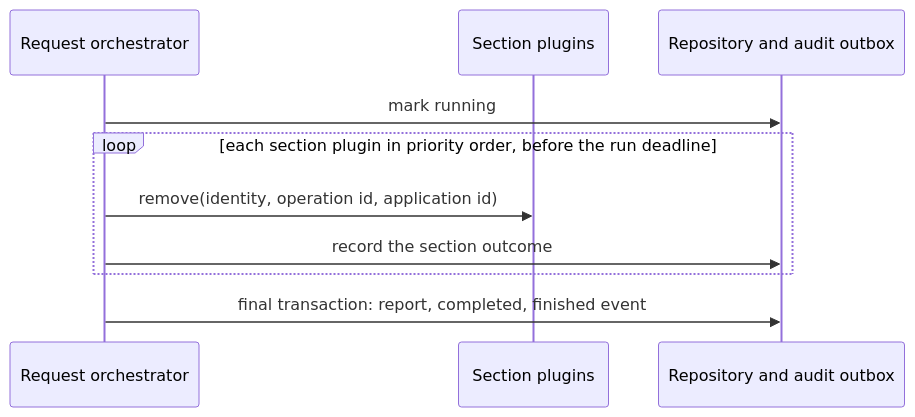
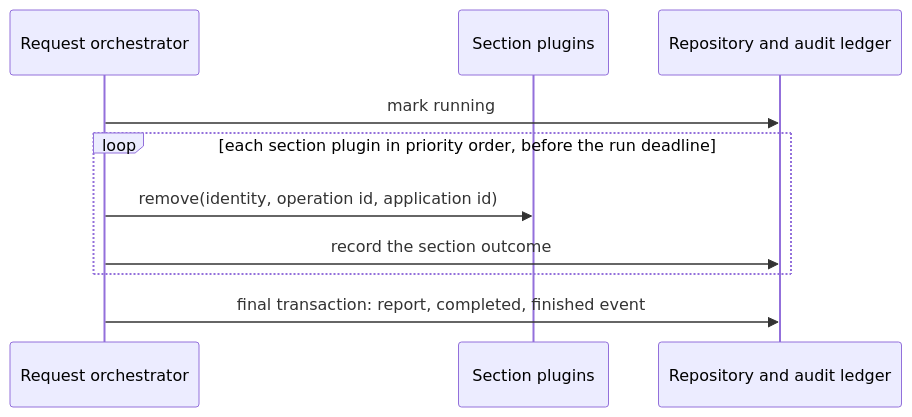
One commit to constructorfabric/gears-rust changed the sixth of 7 diagrams in gears/system/application-manager/docs/DESIGN.md. Above: the diagram before and after it, drawn with Mermaid. The commit also changed other lines of this file and 8 other files, not shown here.

````diff
--- a/gears/system/application-manager/docs/DESIGN.md
+++ b/gears/system/application-manager/docs/DESIGN.md
@@ -778,12 +789,12 @@
 ```mermaid
 sequenceDiagram
     participant O as Request orchestrator
     participant P as Section plugins
-    participant R as Repository and audit outbox
+    participant R as Repository and audit ledger
     O ->> R: mark running
     loop each section plugin in priority order, before the run deadline
         O ->> P: remove(identity, operation id, application id)
         O ->> R: record the section outcome
     end
     O ->> R: final transaction: report, completed, finished event
 ```
````
